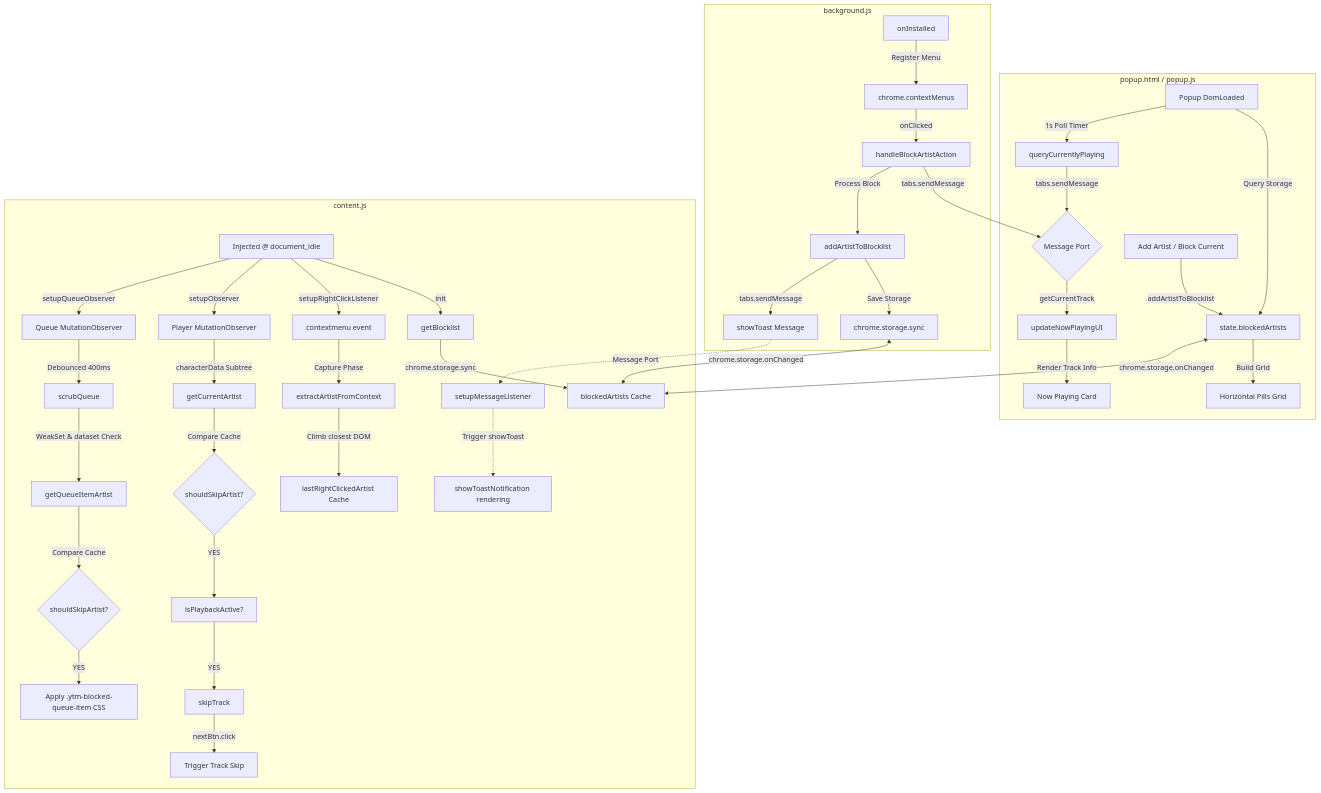
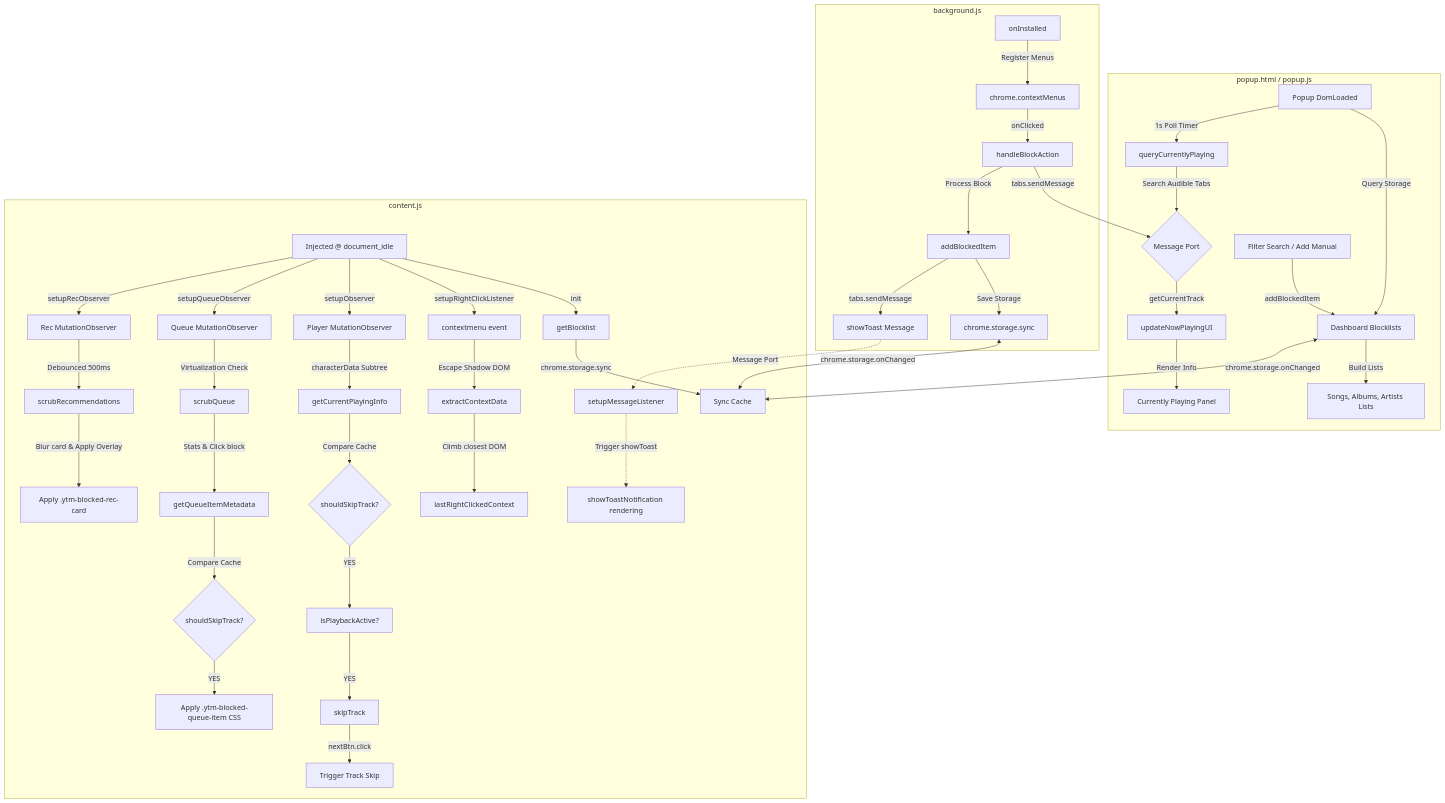
One commit to Labreo/ytm-block changed the diagram in README.md. Above: the diagram before and after it, drawn with Mermaid. The commit also changed other lines of this file and 8 other files, not shown here.

````diff
--- a/README.md
+++ b/README.md
@@ -34,57 +43,62 @@
 ```mermaid
 graph TD
     %% Extension Popup Component
     subgraph Popup Context [popup.html / popup.js]
-        A[Popup DomLoaded] -->|Query Storage| B[state.blockedArtists]
-        B -->|Build Grid| C[Horizontal Pills Grid]
+        A[Popup DomLoaded] -->|Query Storage| B[Dashboard Blocklists]
+        B -->|Build Lists| C[Songs, Albums, Artists Lists]
         A -->|1s Poll Timer| D[queryCurrentlyPlaying]
-        D -->|tabs.sendMessage| E{Message Port}
+        D -->|Search Audible Tabs| E{Message Port}
         E -->|getCurrentTrack| F[updateNowPlayingUI]
-        F -->|Render Track Info| G[Now Playing Card]
-        H[Add Artist / Block Current] -->|addArtistToBlocklist| B
+        F -->|Render Info| G[Currently Playing Panel]
+        H[Filter Search / Add Manual] -->|addBlockedItem| B
     end
 
     %% Service Worker Context
     subgraph Background Service Worker [background.js]
-        SW_Init[onInstalled] -->|Register Menu| SW_Menu[chrome.contextMenus]
-        SW_Menu -->|onClicked| SW_Click[handleBlockArtistAction]
+        SW_Init[onInstalled] -->|Register Menus| SW_Menu[chrome.contextMenus]
+        SW_Menu -->|onClicked| SW_Click[handleBlockAction]
         SW_Click -->|tabs.sendMessage| E
-        SW_Click -->|Process Block| SW_Save[addArtistToBlocklist]
+        SW_Click -->|Process Block| SW_Save[addBlockedItem]
         SW_Save -->|Save Storage| SW_Sync[chrome.storage.sync]
         SW_Save -->|tabs.sendMessage| SW_Toast[showToast Message]
     end
 
     %% Web Content Script Context
     subgraph Content Script Context [content.js]
         I[Injected @ document_idle] -->|init| J[getBlocklist]
-        J -->|chrome.storage.sync| K[blockedArtists Cache]
+        J -->|chrome.storage.sync| K[Sync Cache]
         
         %% Right-Click Context Cache
         I -->|setupRightClickListener| RC_Listen[contextmenu event]
-        RC_Listen -->|Capture Phase| RC_Grab[extractArtistFromContext]
-        RC_Grab -->|Climb closest DOM| RC_Cache[lastRightClickedArtist Cache]
+        RC_Listen -->|Escape Shadow DOM| RC_Grab[extractContextData]
+        RC_Grab -->|Climb closest DOM| RC_Cache[lastRightClickedContext]
         
         %% Player Observer Loop
         I -->|setupObserver| L[Player MutationObserver]
-        L -->|characterData Subtree| M[getCurrentArtist]
-        M -->|Compare Cache| N{shouldSkipArtist?}
+        L -->|characterData Subtree| M[getCurrentPlayingInfo]
+        M -->|Compare Cache| N{shouldSkipTrack?}
         N -->|YES| O[isPlaybackActive?]
         O -->|YES| P[skipTrack]
         P -->|nextBtn.click| Q[Trigger Track Skip]
         
         %% Queue Observer Loop
         I -->|setupQueueObserver| R[Queue MutationObserver]
-        R -->|Debounced 400ms| S[scrubQueue]
-        S -->|WeakSet & dataset Check| T[getQueueItemArtist]
-        T -->|Compare Cache| U{shouldSkipArtist?}
+        R -->|Virtualization Check| S[scrubQueue]
+        S -->|Stats & Click block| T[getQueueItemMetadata]
+        T -->|Compare Cache| U{shouldSkipTrack?}
         U -->|YES| V[Apply .ytm-blocked-queue-item CSS]
+        
+        %% Recommendation Observer Loop
+        I -->|setupRecObserver| RO[Rec MutationObserver]
+        RO -->|Debounced 500ms| RS[scrubRecommendations]
+        RS -->|Blur card & Apply Overlay| RV[Apply .ytm-blocked-rec-card]
         
         %% Toast notification renderer
         SW_Toast -.->|Message Port| W[setupMessageListener]
         W -.->|Trigger showToast| Toast_UI[showToastNotification rendering]
     end
 
     %% Sync Bridge
     B <-->|chrome.storage.onChanged| K
     SW_Sync <-->|chrome.storage.onChanged| K
 ```
````
